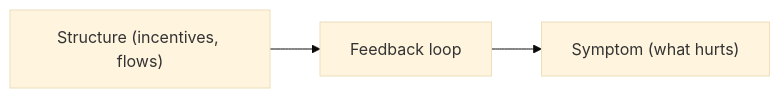
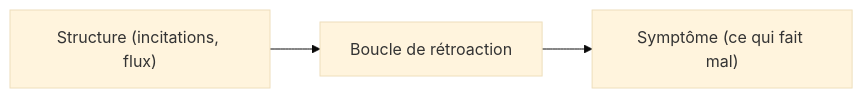
One commit to anasdox/anasdox.github.io changed the third of 3 diagrams in methode.md. Above: the diagram before and after it, drawn with Mermaid (base theme). The commit also changed other lines of this file and 7 other files, not shown here.

```diff
--- a/methode.md
+++ b/methode.md
@@ -163,4 +194,4 @@
 <div class="mermaid">
 flowchart LR
-  Struct["Structure (incentives, flows)"] --> Loop["Feedback loop"] --> Sym["Symptom (what hurts)"]
+  Struct["Structure (incitations, flux)"] --> Loop["Boucle de rétroaction"] --> Sym["Symptôme (ce qui fait mal)"]
 </div>
```
